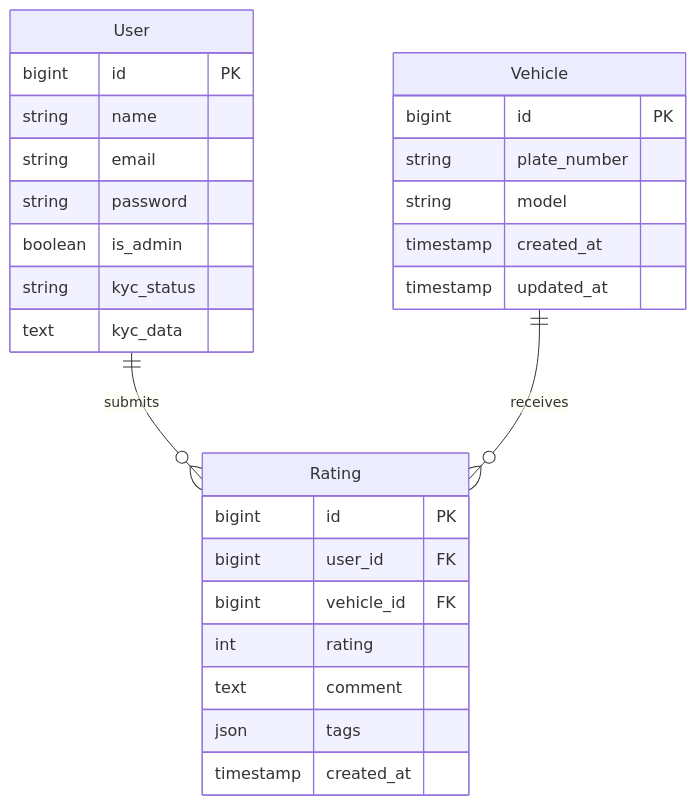
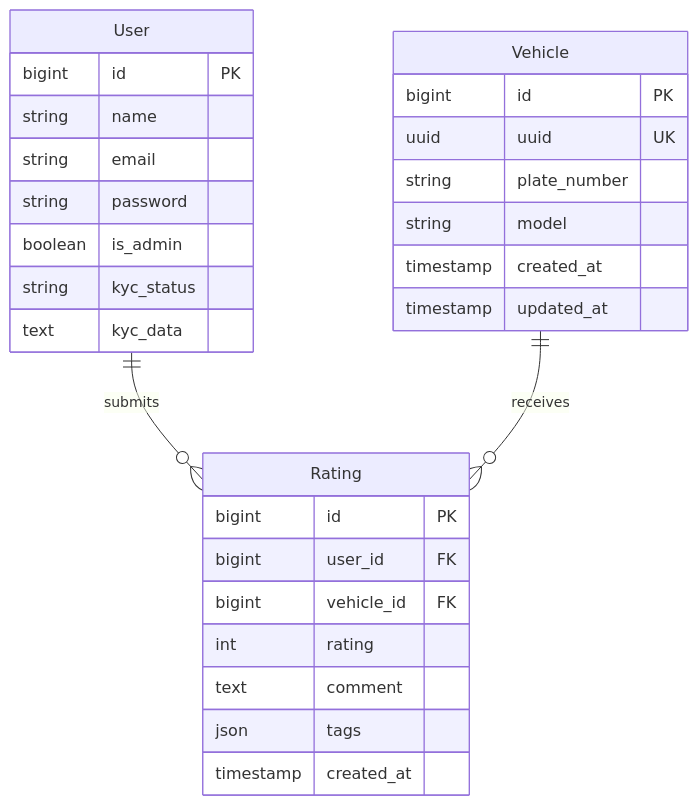
One commit to ardfar/MataJalan changed the diagram in documentation/DATABASE.md. Above: the diagram before and after it, drawn with Mermaid. The commit also changed other lines of this file and 8 other files, not shown here.

````diff
--- a/documentation/DATABASE.md
+++ b/documentation/DATABASE.md
@@ -8,30 +8,31 @@
 ```mermaid
 erDiagram
     User ||--o{ Rating : "submits"
     Vehicle ||--o{ Rating : "receives"
     User {
         bigint id PK
         string name
         string email
         string password
         boolean is_admin
         string kyc_status
         text kyc_data
     }
     Vehicle {
         bigint id PK
+        uuid uuid UK
         string plate_number
         string model
         timestamp created_at
         timestamp updated_at
     }
     Rating {
         bigint id PK
         bigint user_id FK
         bigint vehicle_id FK
         int rating
         text comment
         json tags
         timestamp created_at
     }
 ```
````
